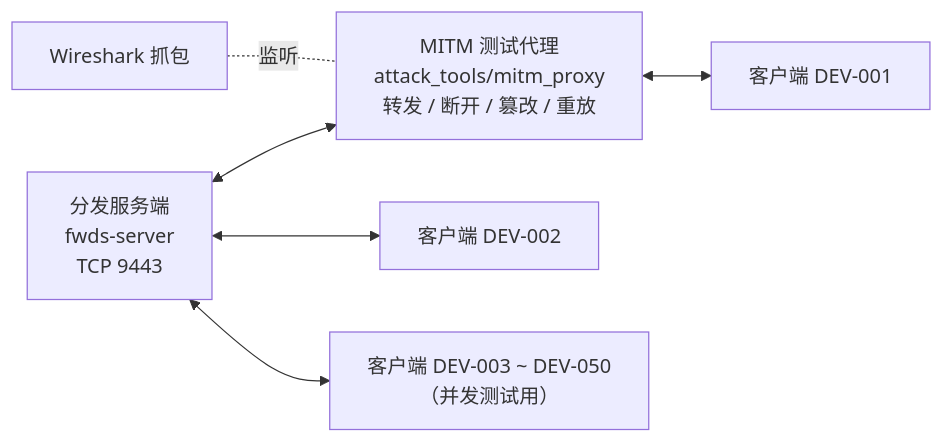
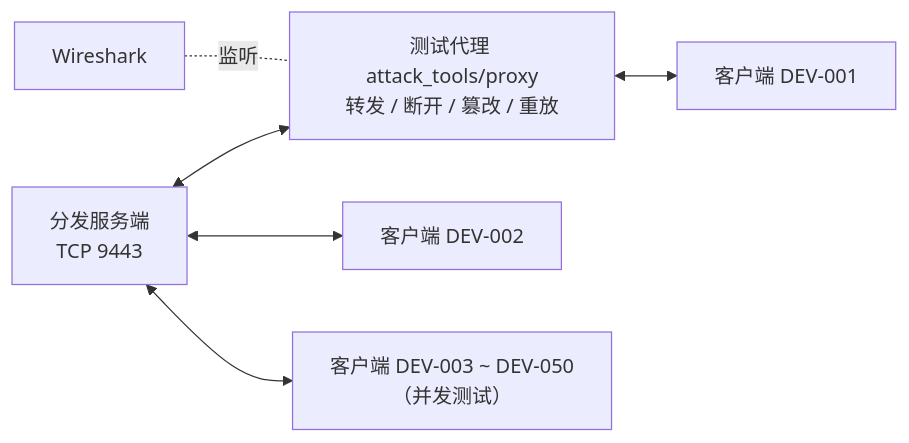
The diagram in docs/测试验证报告.md (ahu-iii/firmware-distribution-system), drawn with Mermaid before and after one commit. The commit also changed other lines of this file and 54 other files, not shown here.

````diff
--- a/docs/测试验证报告.md
+++ b/docs/测试验证报告.md
@@ -29,14 +13,14 @@
 ```mermaid
 flowchart LR
-    S["分发服务端<br/>fwds-server<br/>TCP 9443"]
-    P["MITM 测试代理<br/>attack_tools/mitm_proxy<br/>转发 / 断开 / 篡改 / 重放"]
+    S["分发服务端<br/>TCP 9443"]
+    P["测试代理 attack_tools/proxy<br/>转发 / 断开 / 篡改 / 重放"]
     C1["客户端 DEV-001"]
     C2["客户端 DEV-002"]
-    CN["客户端 DEV-003 ~ DEV-050<br/>（并发测试用）"]
-    W["Wireshark 抓包"]
+    CN["客户端 DEV-003 ~ DEV-050<br/>（并发测试）"]
+    W["Wireshark"]
     S <--> P
     P <--> C1
     S <--> C2
     S <--> CN
     W -.监听.- P
 ```
````
